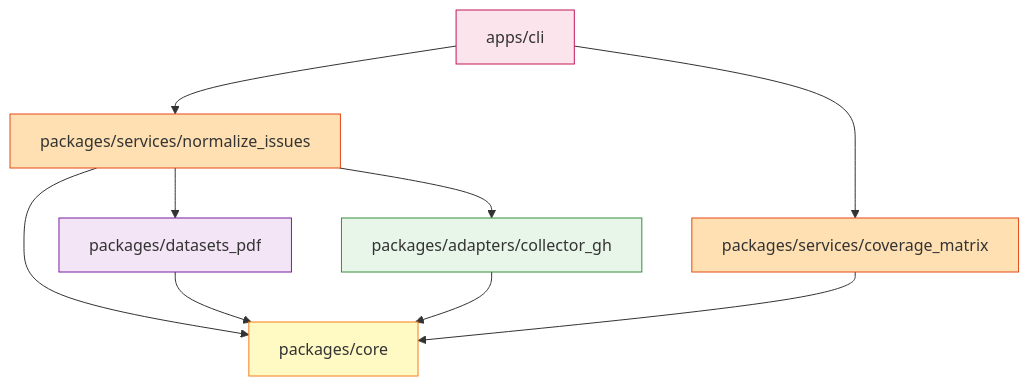
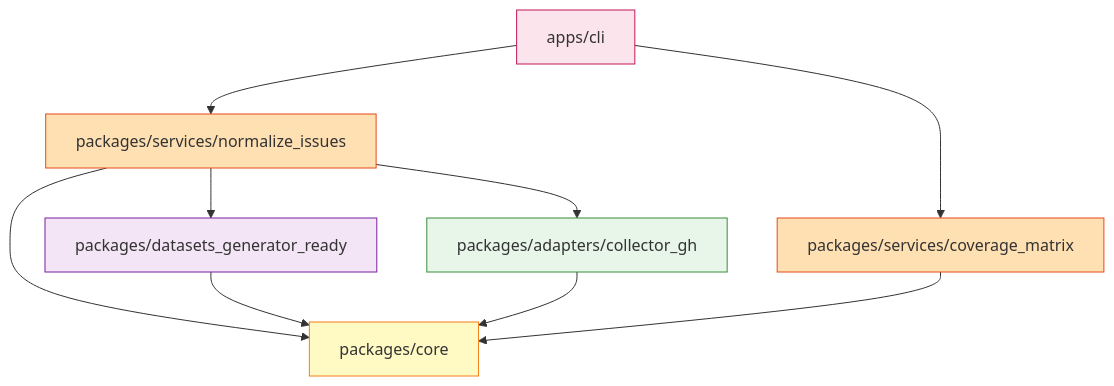
The fourth of 11 diagrams in docs/architecture.md (AbsaOSS/living-doc-toolkit), drawn with Mermaid before and after one commit. The commit also changed other lines of this file and 63 other files, not shown here.

First line of the commit message:
#60: Rename canonical artifact/schema/package to generator-ready (#66)

````diff
--- a/docs/architecture.md
+++ b/docs/architecture.md
@@ -191,19 +191,19 @@
 ```mermaid
 graph TD
     CLI[apps/cli] --> NormalizeService[packages/services/normalize_issues]
     CLI --> CoverageService[packages/services/coverage_matrix]
     NormalizeService --> Core[packages/core]
-    NormalizeService --> Datasets[packages/datasets_pdf]
+    NormalizeService --> Datasets[packages/datasets_generator_ready]
     NormalizeService --> CollectorGH[packages/adapters/collector_gh]
     CoverageService --> Core
 
     CollectorGH --> Core
     Datasets --> Core
 
     style CLI fill:#fce4ec,stroke:#c2185b
     style NormalizeService fill:#ffe0b2,stroke:#e64a19
     style CoverageService fill:#ffe0b2,stroke:#e64a19
     style Core fill:#fff9c4,stroke:#f57f17
     style Datasets fill:#f3e5f5,stroke:#7b1fa2
     style CollectorGH fill:#e8f5e9,stroke:#388e3c
 ```
````
